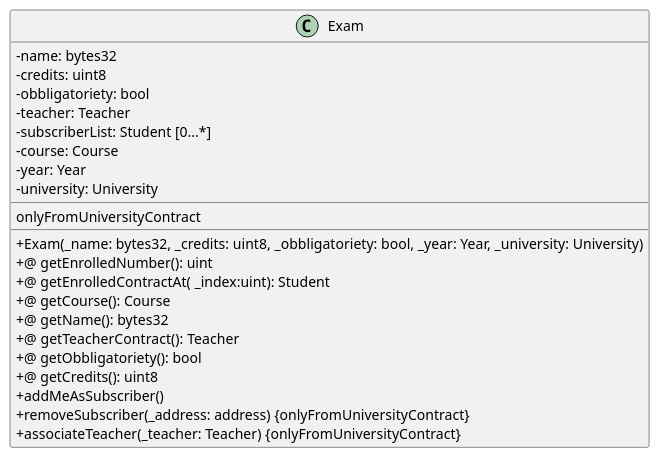
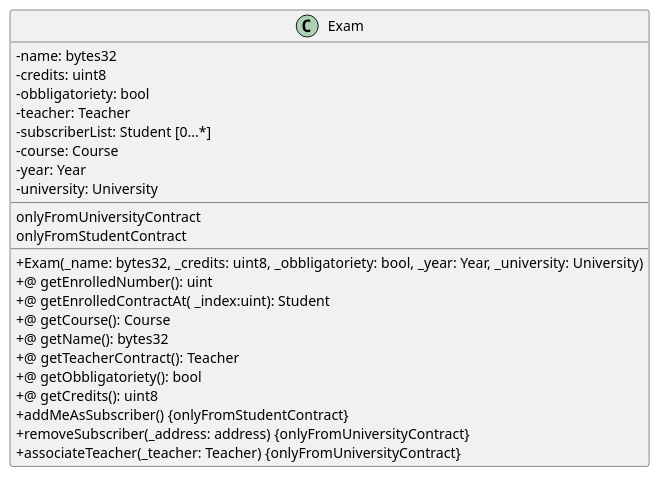
Before and after one commit to M9k/Marvin-Uml: the diagram in Solidity/Contracts/Exam.iuml, drawn with PlantUML.

Commit message:
Registrazione ad esami ristretta a studenti dell'università

```diff
--- a/Solidity/Contracts/Exam.iuml
+++ b/Solidity/Contracts/Exam.iuml
@@ -1,27 +1,28 @@
 @startuml
 skinparam classAttributeIconSize 0
 class Exam{
 - name: bytes32
 - credits: uint8
 - obbligatoriety: bool
 - teacher: Teacher
 - subscriberList: Student [0...*]
 - course: Course
 - year: Year
 - university: University
 __
 onlyFromUniversityContract
+onlyFromStudentContract
 __
 + Exam(_name: bytes32, _credits: uint8, _obbligatoriety: bool, _year: Year, _university: University)
 +@ getEnrolledNumber(): uint
 +@ getEnrolledContractAt( _index:uint): Student
 +@ getCourse(): Course
 +@ getName(): bytes32
 +@ getTeacherContract(): Teacher
 +@ getObbligatoriety(): bool
 +@ getCredits(): uint8
-+ addMeAsSubscriber()
++ addMeAsSubscriber() {onlyFromStudentContract}
 + removeSubscriber(_address: address) {onlyFromUniversityContract}
 + associateTeacher(_teacher: Teacher) {onlyFromUniversityContract}
 }
 @enduml
```
